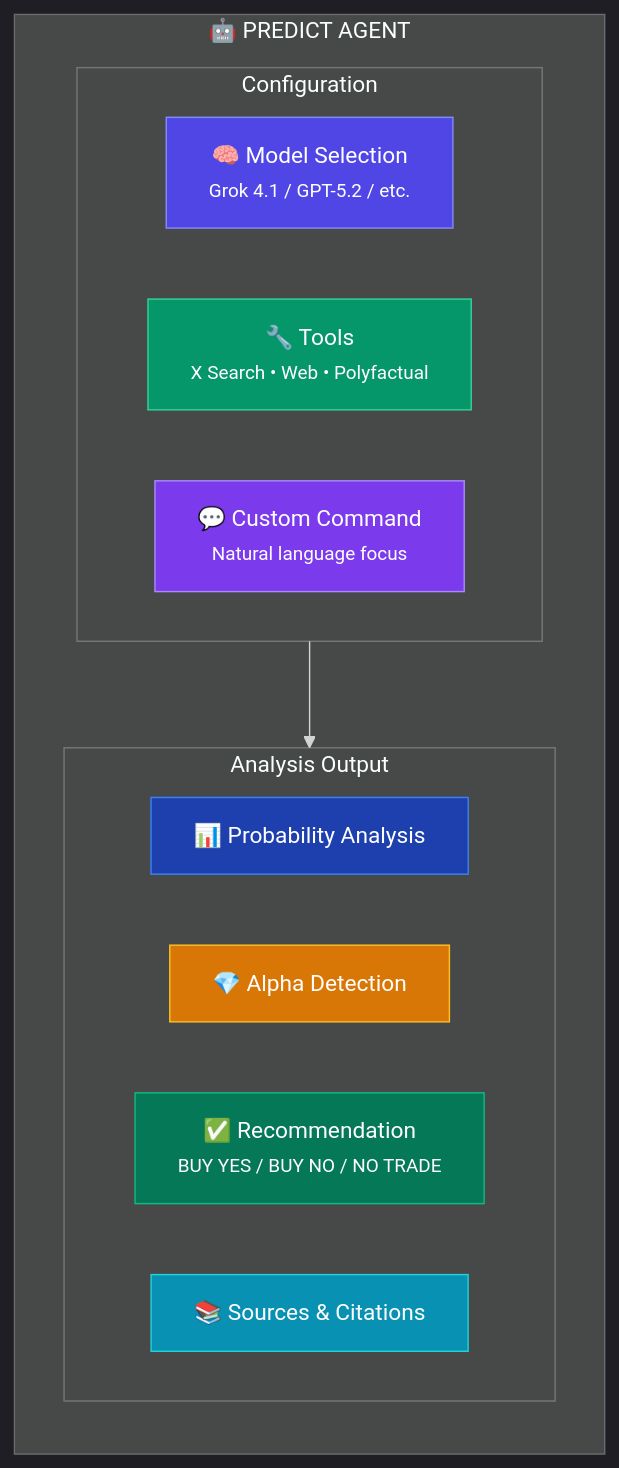
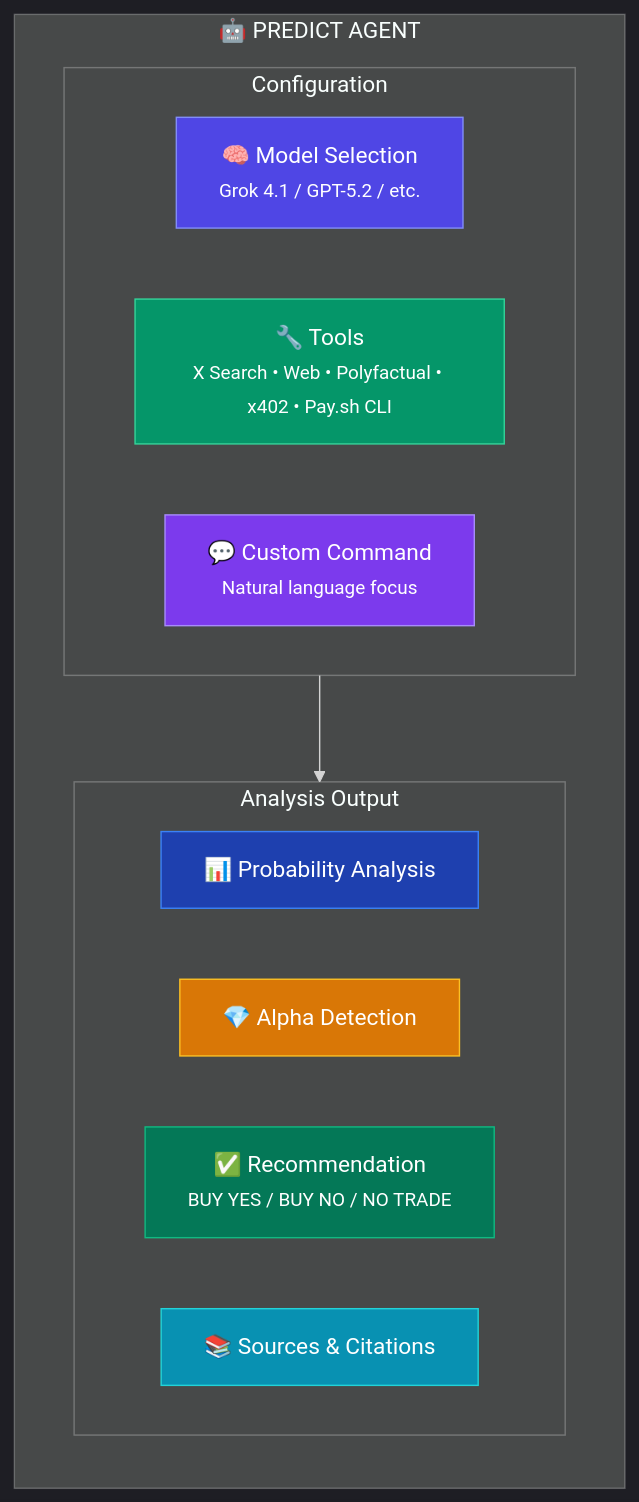
One commit to PredictionXBT/PredictOS changed the fourth of 5 diagrams in docs/features/super-intelligence.md. Above: the diagram before and after it, drawn with Mermaid. The commit also changed other lines of this file and 9 other files, not shown here.

````diff
--- a/docs/features/super-intelligence.md
+++ b/docs/features/super-intelligence.md
@@ -447,31 +449,31 @@
 ```mermaid
 %%{init: {'theme': 'dark', 'themeVariables': { 'primaryColor': '#6366f1'}}}%%
 
 flowchart TB
     subgraph AGENT["🤖 PREDICT AGENT"]
         direction TB
         
         subgraph CONFIG["Configuration"]
             MODEL["🧠 Model Selection<br/><small>Grok 4.1 / GPT-5.2 / etc.</small>"]
-            TOOLS["🔧 Tools<br/><small>X Search • Web • Polyfactual</small>"]
+            TOOLS["🔧 Tools<br/><small>X Search • Web • Polyfactual • x402 • Pay.sh CLI</small>"]
             CMD["💬 Custom Command<br/><small>Natural language focus</small>"]
         end
         
         subgraph OUTPUT["Analysis Output"]
             PROB["📊 Probability Analysis"]
             ALPHA["💎 Alpha Detection"]
             REC["✅ Recommendation<br/><small>BUY YES / BUY NO / NO TRADE</small>"]
             SOURCES["📚 Sources & Citations"]
         end
         
         CONFIG --> OUTPUT
     end
 
     style MODEL fill:#4f46e5,stroke:#818cf8,color:#fff
     style TOOLS fill:#059669,stroke:#34d399,color:#fff
     style CMD fill:#7c3aed,stroke:#a78bfa,color:#fff
     style PROB fill:#1e40af,stroke:#3b82f6,color:#fff
     style ALPHA fill:#d97706,stroke:#fbbf24,color:#fff
     style REC fill:#047857,stroke:#10b981,color:#fff
     style SOURCES fill:#0891b2,stroke:#22d3d8,color:#fff
 ```
````
